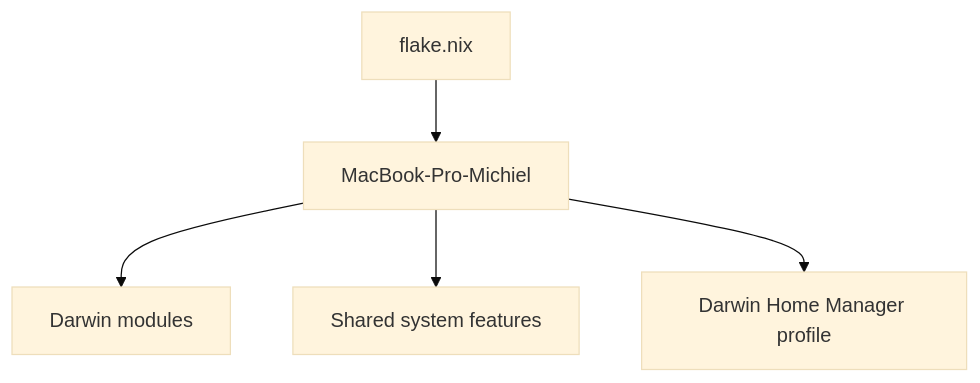
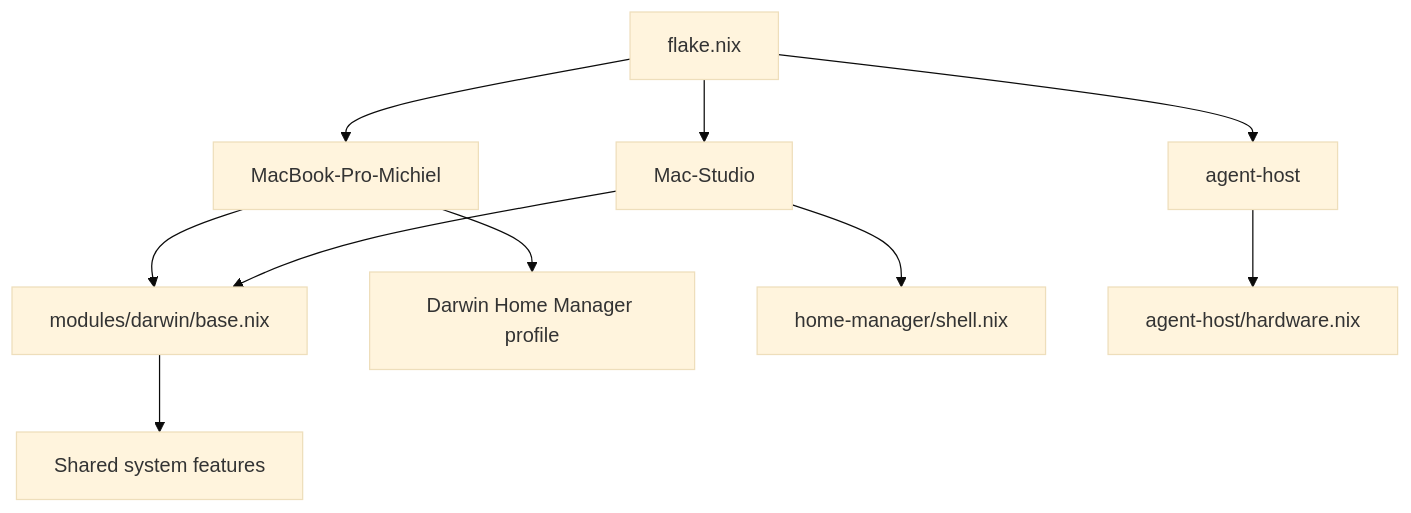
The diagram in README.md (mrbruins/.nixos-config), drawn with Mermaid (base theme) before and after one commit. The commit also changed other lines of this file and 15 other files, not shown here.

````diff
--- a/README.md
+++ b/README.md
@@ -37,7 +52,12 @@
 ```mermaid
 flowchart TD
   Flake[flake.nix] --> Mac[MacBook-Pro-Michiel]
-  Mac --> Darwin[Darwin modules]
-  Mac --> Shared[Shared system features]
+  Flake --> Studio[Mac-Studio]
+  Flake --> Agent[agent-host]
+  Mac --> Base[modules/darwin/base.nix]
+  Studio --> Base
+  Base --> Shared[Shared system features]
   Mac --> DarwinHM[Darwin Home Manager profile]
+  Studio --> ShellHM[home-manager/shell.nix]
+  Agent --> Hardware[agent-host/hardware.nix]
 ```
````
